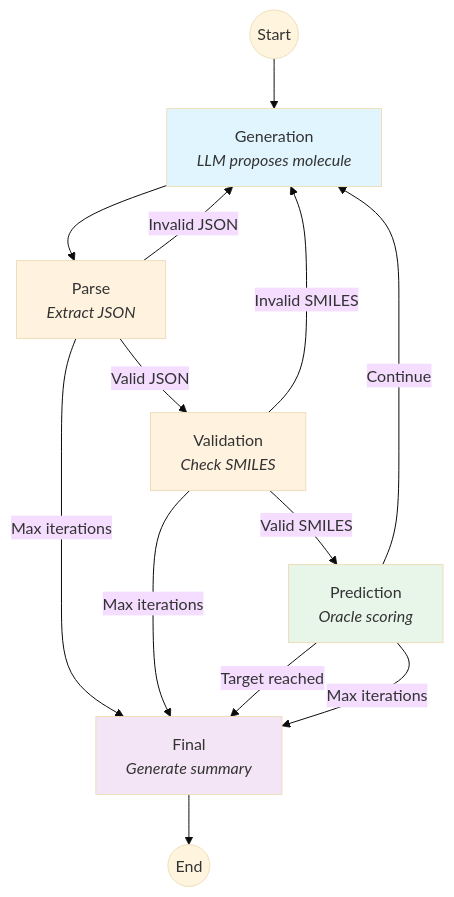
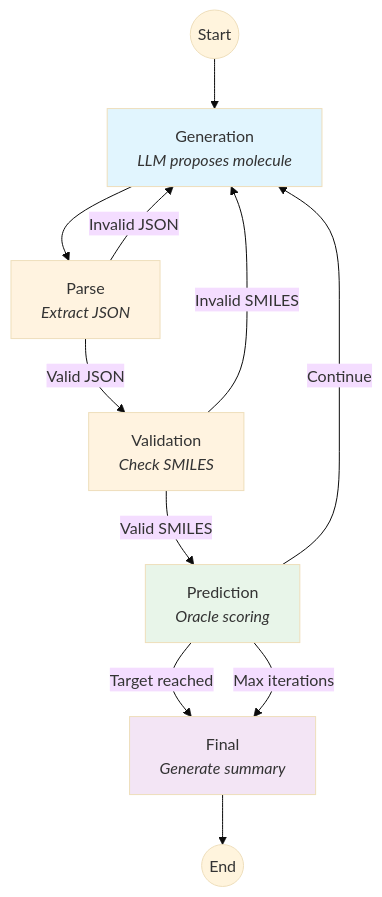
Before and after one commit to FabianKruger/molecule-optimization-agent: the diagram in README.md, drawn with Mermaid (base theme).

Commit message:
cleaned up some edges

````diff
--- a/README.md
+++ b/README.md
@@ -7,33 +7,31 @@
 ```mermaid
 flowchart TD
     START((Start)) --> generation
 
     generation[Generation<br/><i>LLM proposes molecule</i>]
     parse[Parse<br/><i>Extract JSON</i>]
     validation[Validation<br/><i>Check SMILES</i>]
     prediction[Prediction<br/><i>Oracle scoring</i>]
     final[Final<br/><i>Generate summary</i>]
     END((End))
 
     generation --> parse
 
     parse -->|Valid JSON| validation
     parse -->|Invalid JSON| generation
-    parse -->|Max iterations| final
 
     validation -->|Valid SMILES| prediction
     validation -->|Invalid SMILES| generation
-    validation -->|Max iterations| final
 
     prediction -->|Continue| generation
     prediction -->|Target reached| final
     prediction -->|Max iterations| final
 
     final --> END
 
     style generation fill:#e1f5fe
     style parse fill:#fff3e0
     style validation fill:#fff3e0
     style prediction fill:#e8f5e9
     style final fill:#f3e5f5
 ```
````
